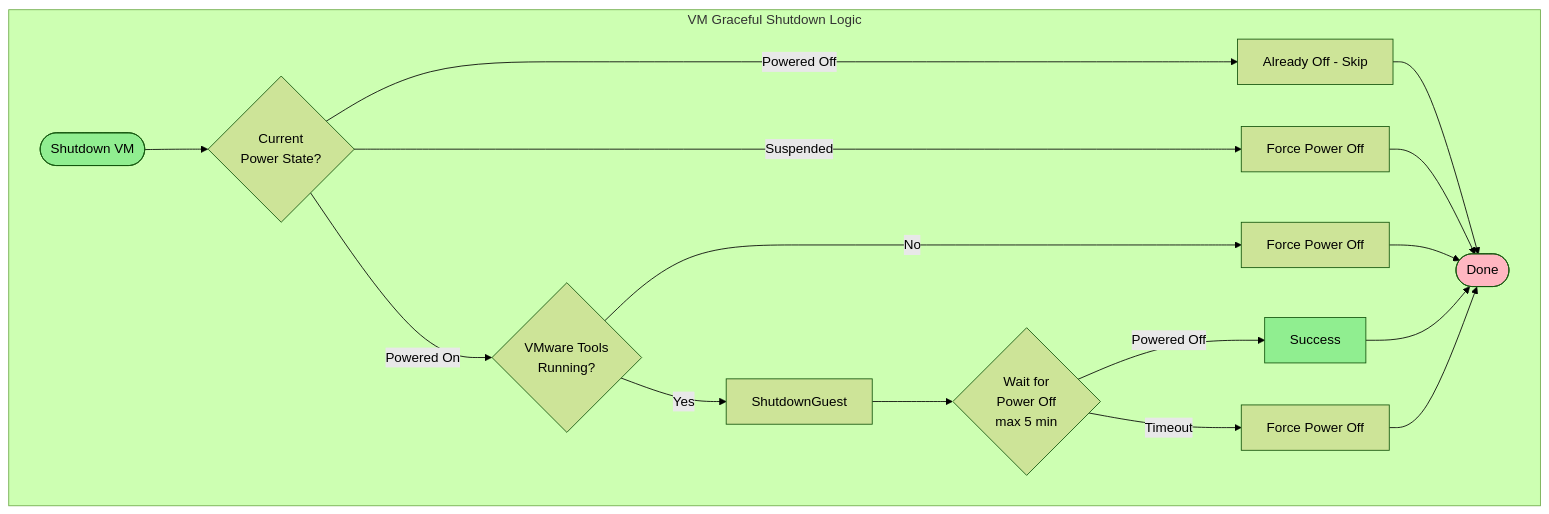
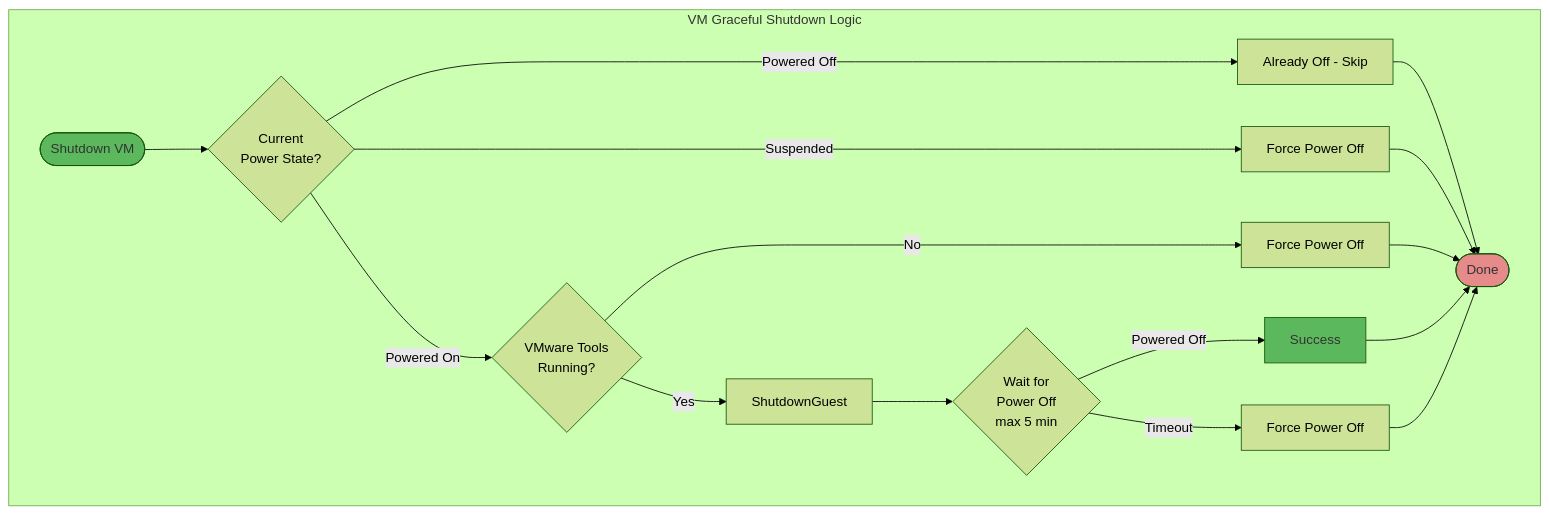
One commit to Broadcom/HOLFY27-MGR-HOLUSER changed the fourth of 5 diagrams in Shutdown/README.md. Above: the diagram before and after it, drawn with Mermaid (forest theme). The commit also changed other lines of this file and 1 other file, not shown here.

Commit message:
Update styles for mermaid diagram generation

````diff
--- a/Shutdown/README.md
+++ b/Shutdown/README.md
@@ -338,27 +338,27 @@
 ```mermaid
 flowchart TB
     subgraph VM_SHUTDOWN["VM Graceful Shutdown Logic"]
         VS_START([Shutdown VM]) --> VS_STATE{Current<br/>Power State?}
         
         VS_STATE -->|Powered Off| VS_SKIP[Already Off - Skip]
         VS_STATE -->|Suspended| VS_FORCE_SUSPEND[Force Power Off]
         VS_STATE -->|Powered On| VS_TOOLS{VMware Tools<br/>Running?}
         
         VS_TOOLS -->|Yes| VS_GUEST[ShutdownGuest]
         VS_TOOLS -->|No| VS_FORCE_NO_TOOLS[Force Power Off]
         
         VS_GUEST --> VS_WAIT{Wait for<br/>Power Off<br/>max 5 min}
         VS_WAIT -->|Powered Off| VS_SUCCESS[Success]
         VS_WAIT -->|Timeout| VS_FORCE_TIMEOUT[Force Power Off]
         
         VS_SKIP --> VS_END([Done])
         VS_FORCE_SUSPEND --> VS_END
         VS_FORCE_NO_TOOLS --> VS_END
         VS_SUCCESS --> VS_END
         VS_FORCE_TIMEOUT --> VS_END
     end
 
-    style VS_START fill:#90EE90
-    style VS_END fill:#FFB6C1
-    style VS_SUCCESS fill:#90EE90
+    style VS_START fill:#5cb85c,color:#333
+    style VS_END fill:#e68a8a,color:#333
+    style VS_SUCCESS fill:#5cb85c,color:#333
 ```
````
